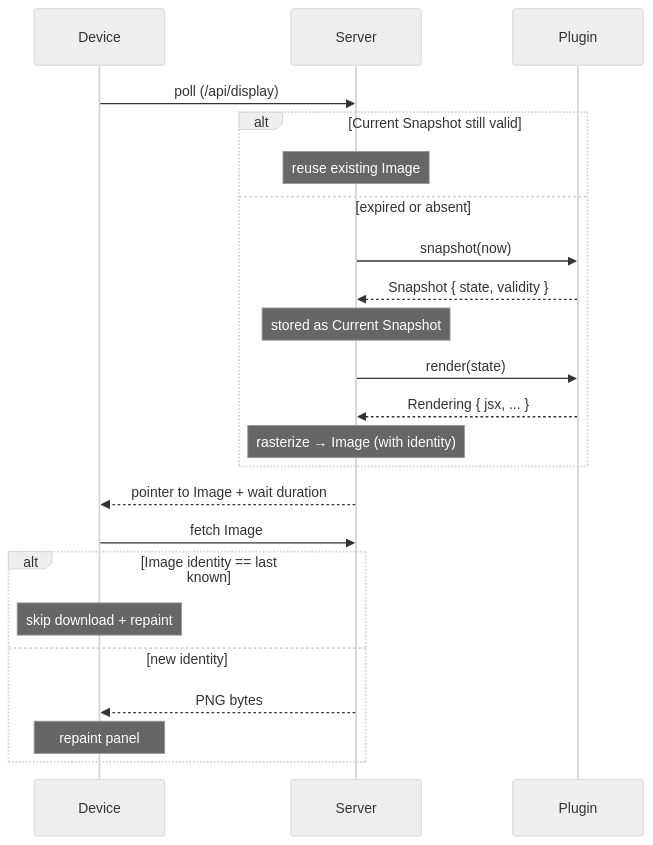
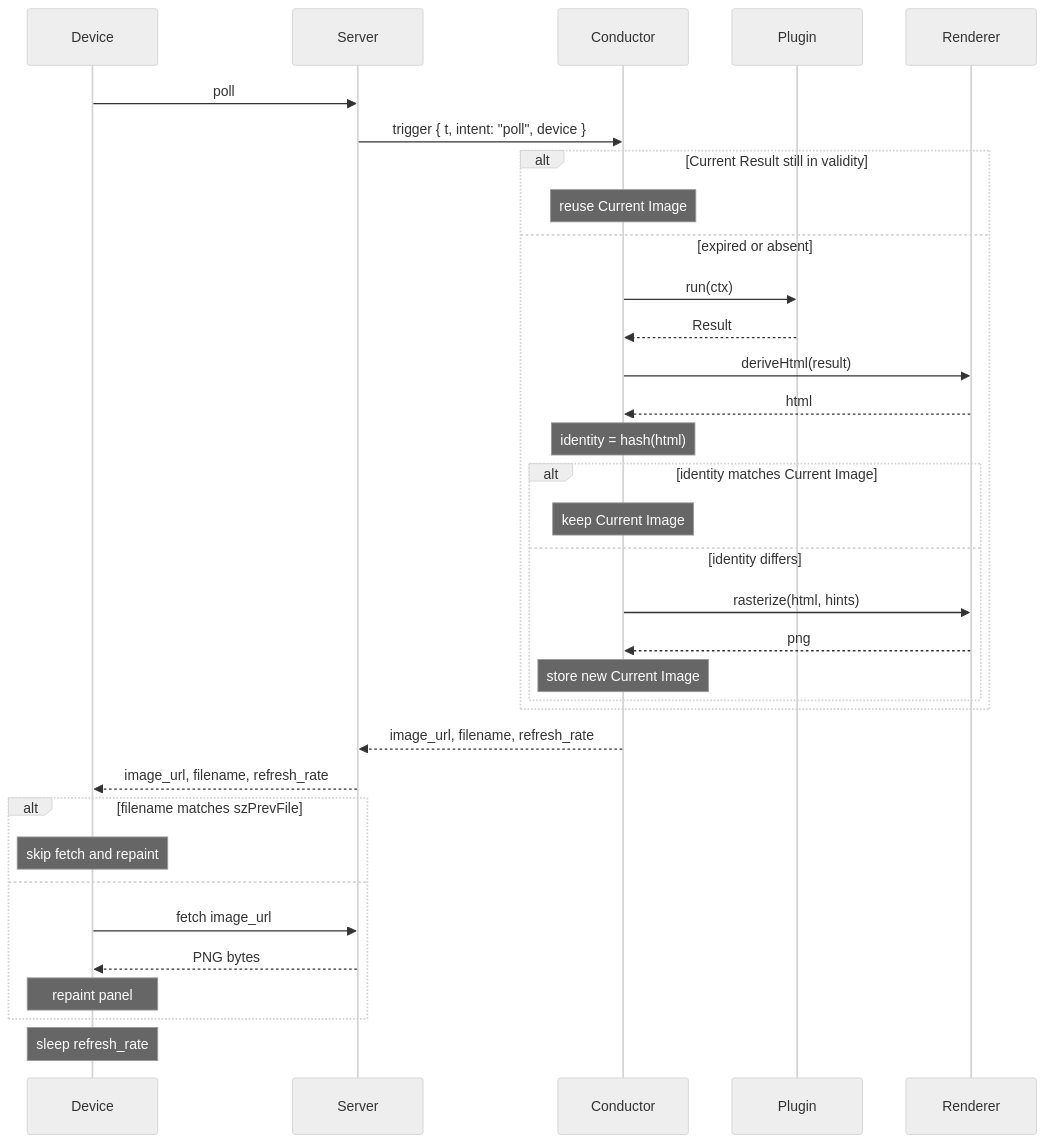
Before and after one commit to hertzg/trmnl_byos_deno: the diagram in CONTEXT.md, drawn with Mermaid (neutral theme). The commit also changed other lines of this file and 21 other files, not shown here.

First line of the commit message:
docs: clean-slate architecture rewrite (CONTEXT, ADRs, vision, plugin-authoring) (#34)

````diff
--- a/CONTEXT.md
+++ b/CONTEXT.md
@@ -48,30 +85,41 @@
 ```mermaid
 sequenceDiagram
     participant Device
     participant Server
+    participant Conductor
     participant Plugin
+    participant Renderer
 
-    Device->>Server: poll (/api/display)
+    Device->>Server: poll
+    Server->>Conductor: trigger { t, intent: "poll", device }
 
-    alt Current Snapshot still valid
-        Note over Server: reuse existing Image
+    alt Current Result still in validity
+        Note over Conductor: reuse Current Image
     else expired or absent
-        Server->>Plugin: snapshot(now)
-        Plugin-->>Server: Snapshot { state, validity }
-        Note over Server: stored as Current Snapshot
-        Server->>Plugin: render(state)
-        Plugin-->>Server: Rendering { jsx, ... }
-        Note over Server: rasterize → Image (with identity)
+        Conductor->>Plugin: run(ctx)
+        Plugin-->>Conductor: Result
+        Conductor->>Renderer: deriveHtml(result)
+        Renderer-->>Conductor: html
+        Note over Conductor: identity = hash(html)
+        alt identity matches Current Image
+            Note over Conductor: keep Current Image
+        else identity differs
+            Conductor->>Renderer: rasterize(html, hints)
+            Renderer-->>Conductor: png
+            Note over Conductor: store new Current Image
+        end
     end
 
-    Server-->>Device: pointer to Image + wait duration
+    Conductor-->>Server: image_url, filename, refresh_rate
+    Server-->>Device: image_url, filename, refresh_rate
 
-    Device->>Server: fetch Image
-
-    alt Image identity == last known
-        Note over Device: skip download + repaint
-    else new identity
+    alt filename matches szPrevFile
+        Note over Device: skip fetch and repaint
+    else
+        Device->>Server: fetch image_url
         Server-->>Device: PNG bytes
         Note over Device: repaint panel
     end
+
+    Note over Device: sleep refresh_rate
 ```
````
